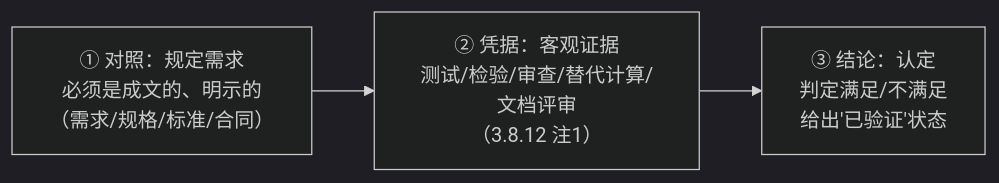
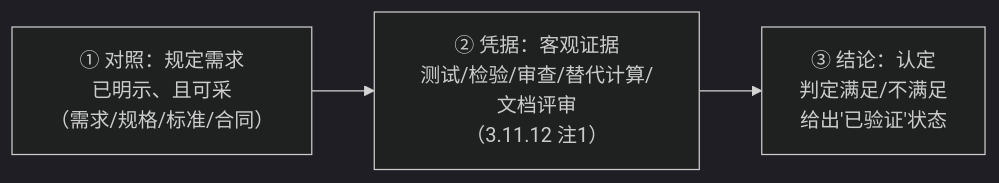
Diagram 20 of 21 in 100-subprojects/01-系统工程研究/00-系统工程相关研究报告/03-评审概念研究报告-从评审定义到需求管理.md (Yongjunzhou/AOS-system-design), drawn with Mermaid (dark theme) before and after one commit. The commit also changed other lines of this file and 38 other files, not shown here.

````diff
--- a/100-subprojects/01-系统工程研究/00-系统工程相关研究报告/03-评审概念研究报告-从评审定义到需求管理.md
+++ b/100-subprojects/01-系统工程研究/00-系统工程相关研究报告/03-评审概念研究报告-从评审定义到需求管理.md
@@ -756,4 +775,4 @@
 ```mermaid
 flowchart LR
-    A["① 对照：规定需求<br/>必须是成文的、明示的<br/>（需求/规格/标准/合同）"] --> B["② 凭据：客观证据<br/>测试/检验/审查/替代计算/文档评审<br/>（3.8.12 注1）"] --> C["③ 结论：认定<br/>判定满足/不满足<br/>给出'已验证'状态"]
+    A["① 对照：规定需求<br/>已明示、且可采<br/>（需求/规格/标准/合同）"] --> B["② 凭据：客观证据<br/>测试/检验/审查/替代计算/文档评审<br/>（3.11.12 注1）"] --> C["③ 结论：认定<br/>判定满足/不满足<br/>给出'已验证'状态"]
 ```
````
